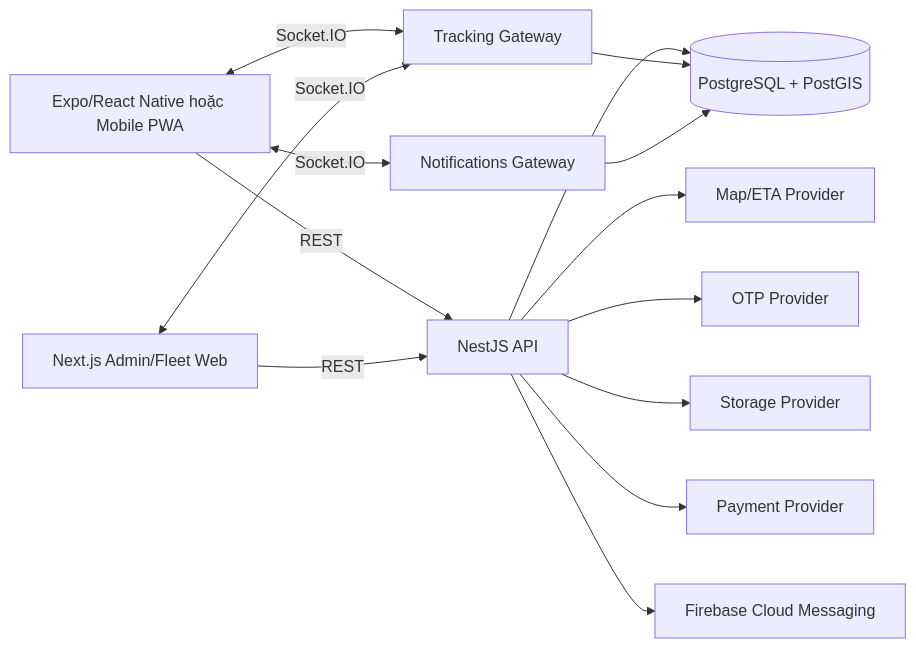
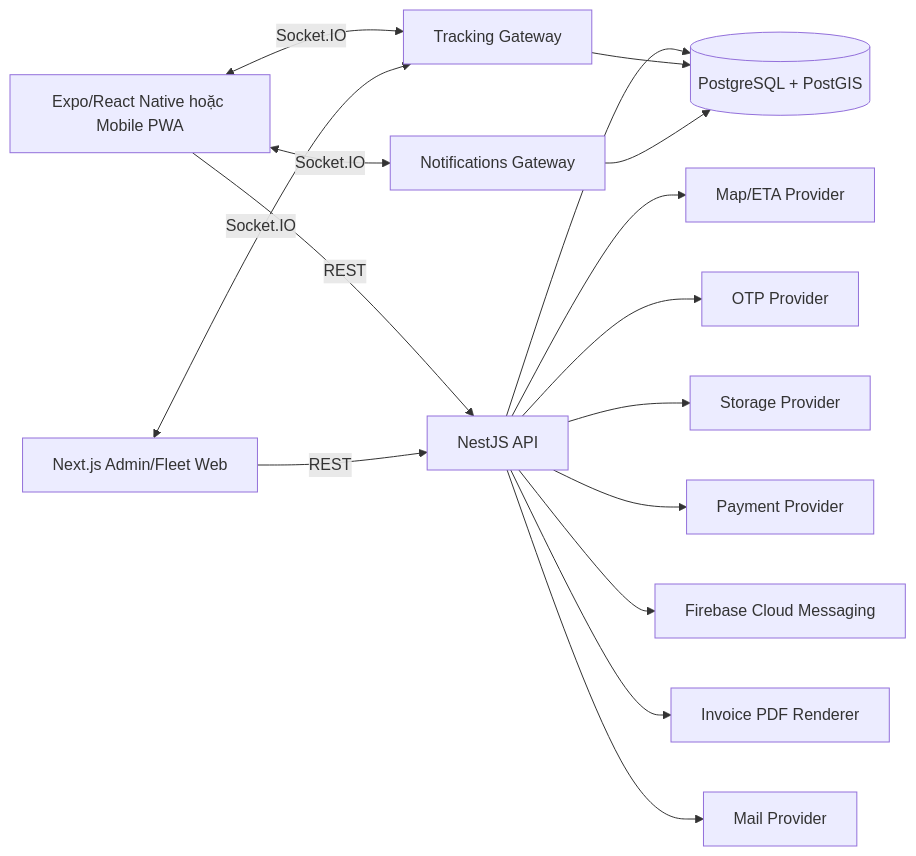
The diagram in docs/architecture/01-system-architecture.md (truongcongtu318/leopard), drawn with Mermaid before and after one commit. The commit also changed other lines of this file and 216 other files, not shown here.

````diff
--- a/docs/architecture/01-system-architecture.md
+++ b/docs/architecture/01-system-architecture.md
@@ -5,16 +5,18 @@
 ```mermaid
 flowchart LR
   Mobile[Expo/React Native hoặc Mobile PWA] -->|REST| API[NestJS API]
   OpsWeb[Next.js Admin/Fleet Web] -->|REST| API
   Mobile <-->|Socket.IO| RT[Tracking Gateway]
   Mobile <-->|Socket.IO| NG[Notifications Gateway]
   OpsWeb <-->|Socket.IO| RT
   API --> DB[(PostgreSQL + PostGIS)]
   RT --> DB
   NG --> DB
   API --> MAP[Map/ETA Provider]
   API --> OTP[OTP Provider]
   API --> STORE[Storage Provider]
   API --> PAY[Payment Provider]
   API --> FCM[Firebase Cloud Messaging]
+  API --> INVPDF[Invoice PDF Renderer]
+  API --> MAIL[Mail Provider]
 ```
````
